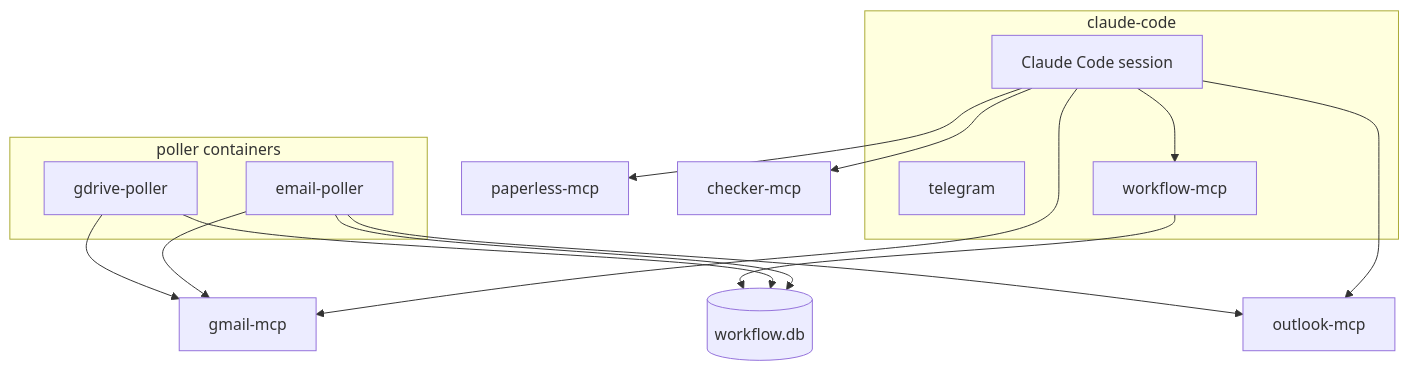
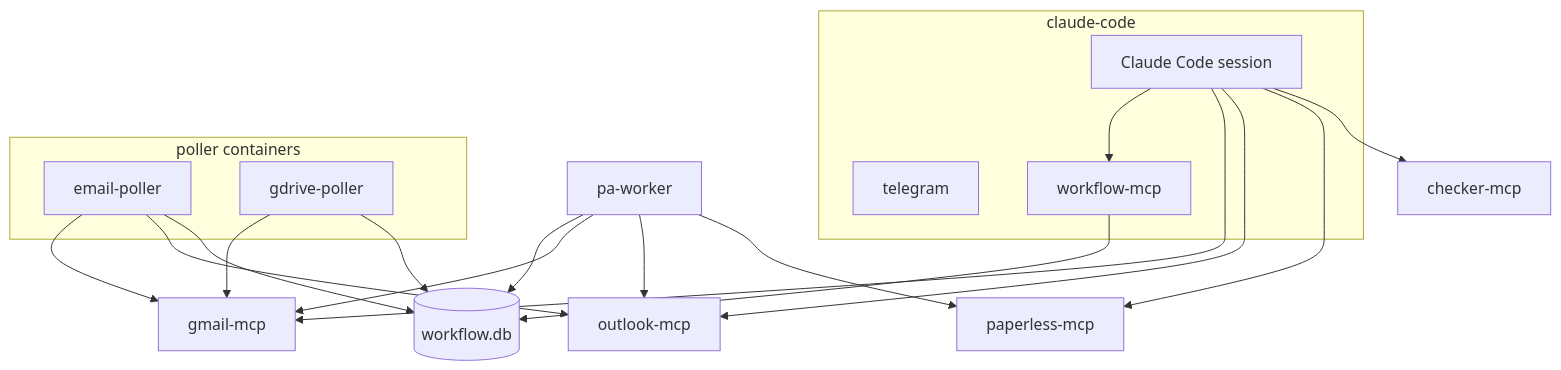
Before and after one commit to mcsdodo/personal-assistant: the diagram in docs/architecture.md, drawn with Mermaid. The commit also changed other lines of this file and 3 other files, not shown here.

````diff
--- a/docs/architecture.md
+++ b/docs/architecture.md
@@ -7,31 +7,36 @@
 ```mermaid
 flowchart TB
     subgraph cc[claude-code]
         claude[Claude Code session]
         tg[telegram]
         workflow[workflow-mcp]
     end
 
     subgraph pollers[poller containers]
         emailp[email-poller]
         drivep[gdrive-poller]
     end
 
+    worker[pa-worker]
     gmail[gmail-mcp]
     outlook[outlook-mcp]
     paperless[paperless-mcp]
     checker[checker-mcp]
     db[(workflow.db)]
 
     claude --> workflow
     claude --> gmail
     claude --> outlook
     claude --> paperless
     claude --> checker
     emailp --> gmail
     emailp --> outlook
     emailp --> db
     drivep --> gmail
     drivep --> db
     workflow --> db
+    worker --> db
+    worker --> gmail
+    worker --> outlook
+    worker --> paperless
 ```
````
